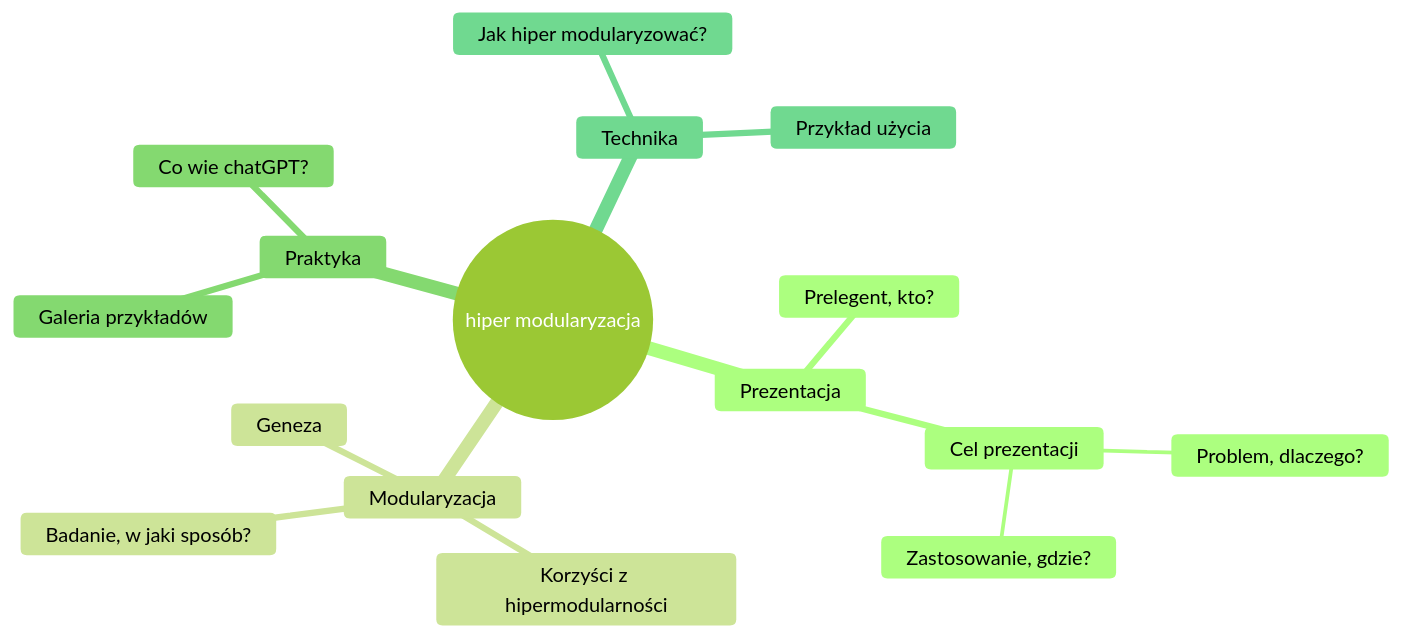
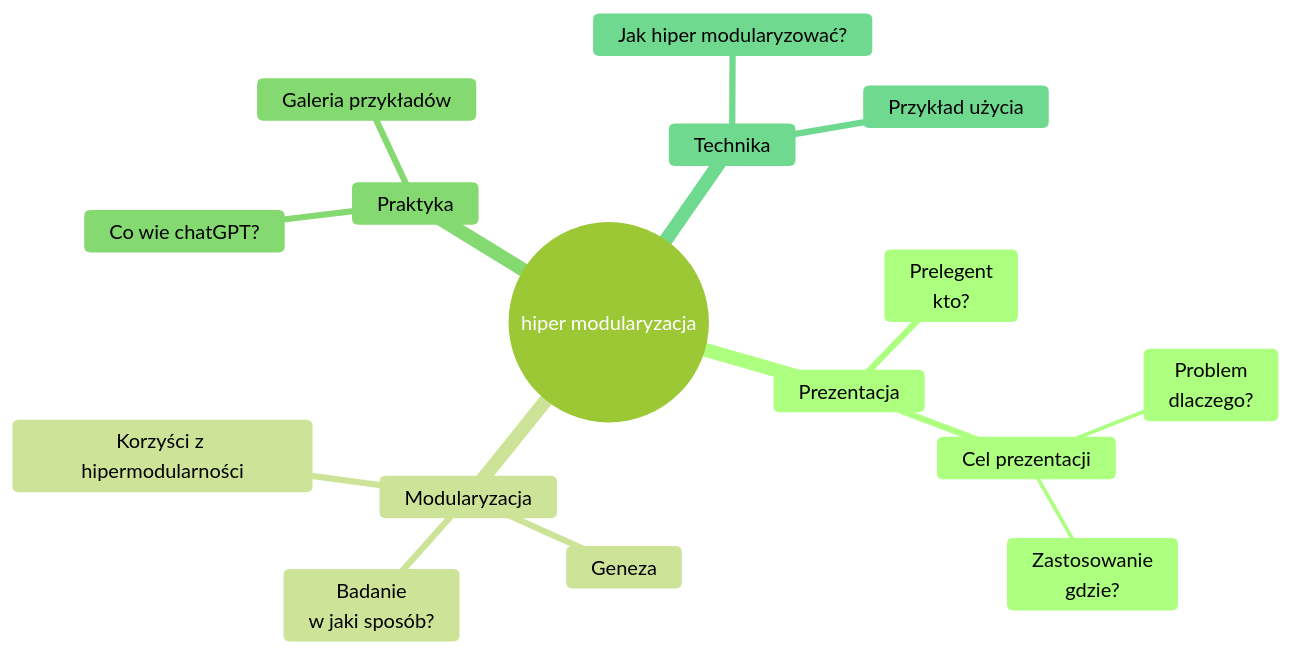
The first of 2 diagrams in README.md (hipermodularyzacja/prezentacja), drawn with Mermaid (forest theme) before and after one commit. The commit also changed other lines of this file, not shown here.

````diff
--- a/README.md
+++ b/README.md
@@ -18,23 +46,23 @@
 ```mermaid
 mindmap
   root((hiper modularyzacja))
     Prezentacja
-      Prelegent, kto?      
+      Prelegent<br>kto?      
       Cel prezentacji
-        Problem, dlaczego?
-        Zastosowanie, gdzie?      
+        Problem<br>dlaczego?
+        Zastosowanie<br>gdzie?      
         
     Modularyzacja
-      Geneza
+      Geneza      
+      Badanie<br>w jaki sposób?      
       Korzyści z hipermodularności
-      Badanie, w jaki sposób?      
       
     Praktyka
       Co wie chatGPT?
       Galeria przykładów                
       
     Technika
       Jak hiper modularyzować?
-      Przykład użycia             
+      Przykład użycia               
     
 ```
````
